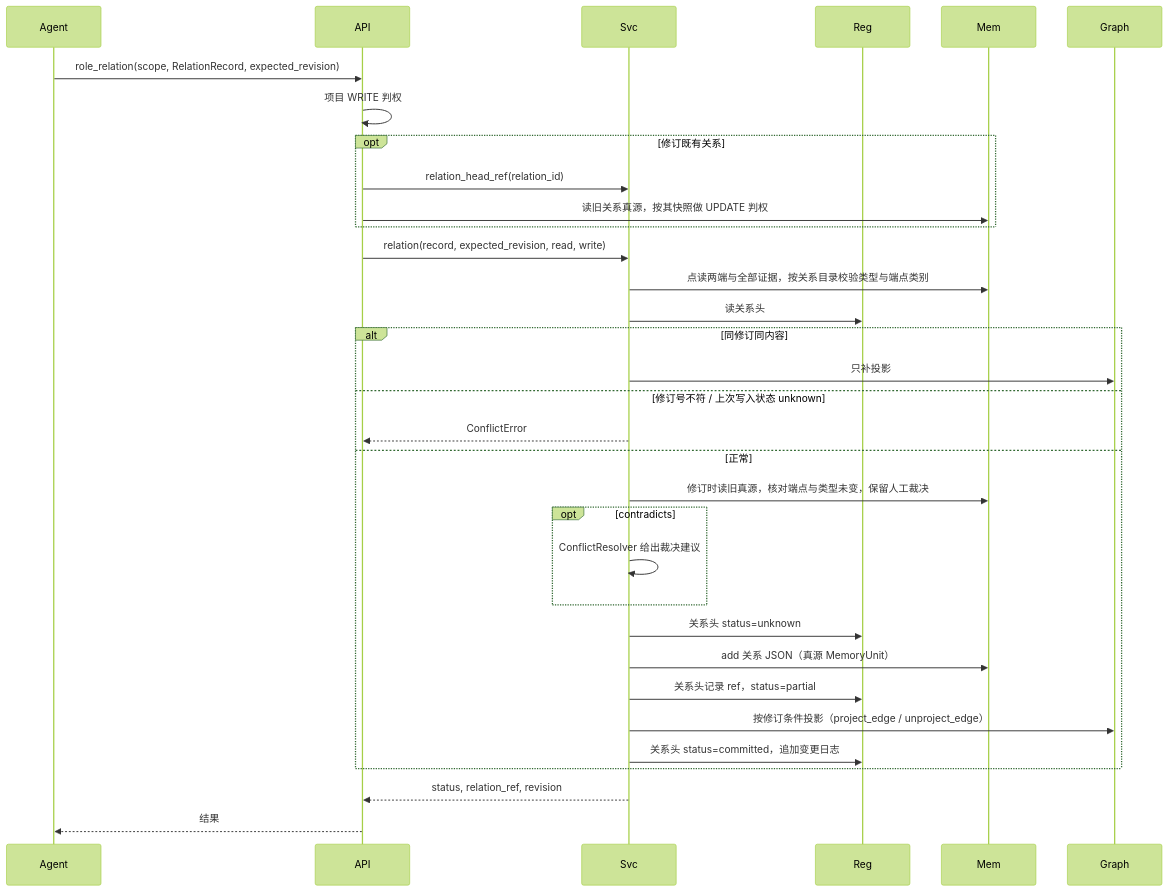
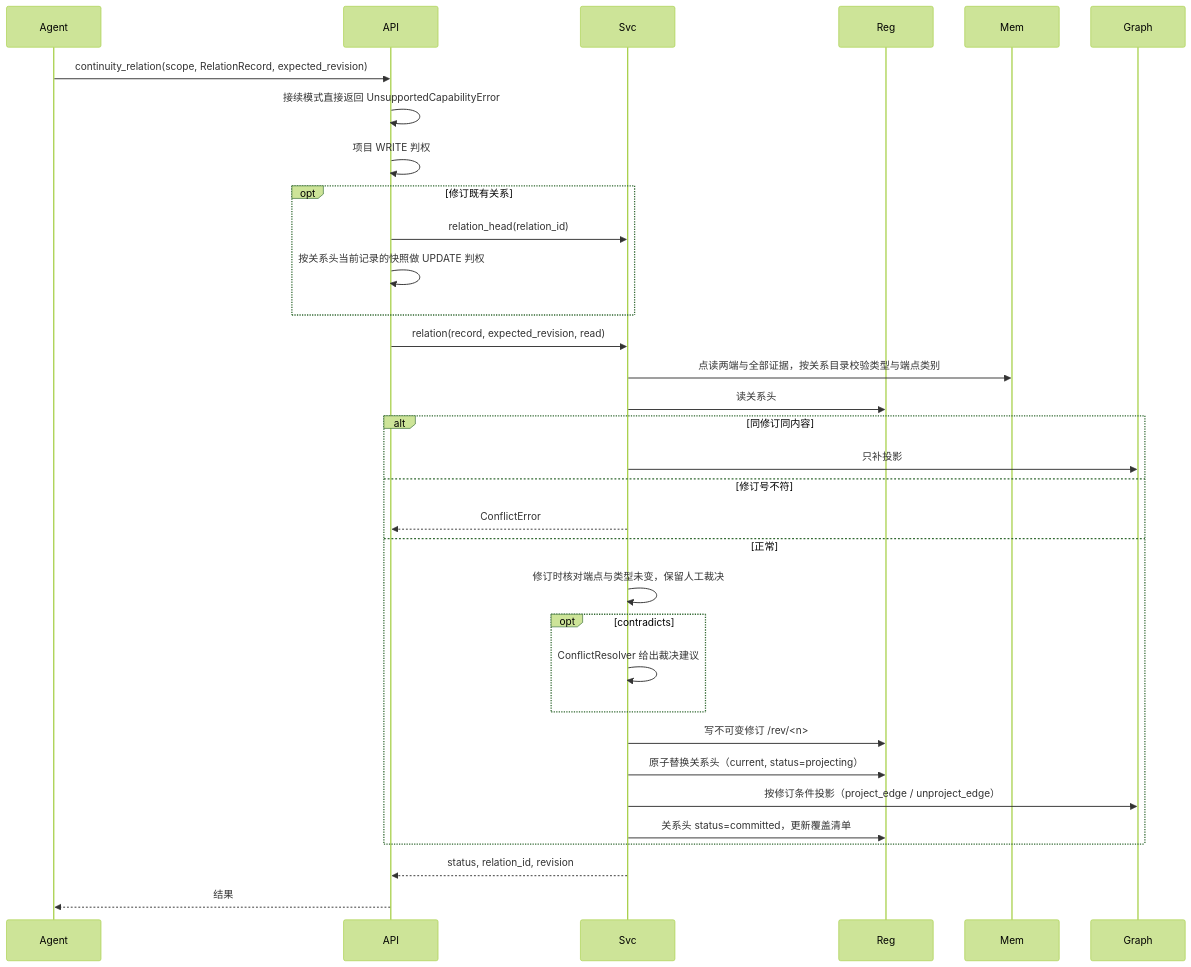
Before and after one commit to openJiuwen-ai/agent-memory: the fifth of 8 diagrams in docs/features/construction/F10-role-memory.md, drawn with Mermaid (forest theme). The commit also changed other lines of this file and 95 other files, not shown here.

````diff
--- a/docs/features/construction/F10-role-memory.md
+++ b/docs/features/construction/F10-role-memory.md
@@ -1031,35 +1140,35 @@
 ```mermaid
 sequenceDiagram
     participant A as Agent
     participant API
     participant Svc
     participant Reg
     participant Mem
     participant G as Graph
-    A->>API: role_relation(scope, RelationRecord, expected_revision)
+    A->>API: continuity_relation(scope, RelationRecord, expected_revision)
+    API->>API: 接续模式直接返回 UnsupportedCapabilityError
     API->>API: 项目 WRITE 判权
     opt 修订既有关系
-        API->>Svc: relation_head_ref(relation_id)
-        API->>Mem: 读旧关系真源，按其快照做 UPDATE 判权
+        API->>Svc: relation_head(relation_id)
+        API->>API: 按关系头当前记录的快照做 UPDATE 判权
     end
-    API->>Svc: relation(record, expected_revision, read, write)
+    API->>Svc: relation(record, expected_revision, read)
     Svc->>Mem: 点读两端与全部证据，按关系目录校验类型与端点类别
     Svc->>Reg: 读关系头
     alt 同修订同内容
         Svc->>G: 只补投影
-    else 修订号不符 / 上次写入状态 unknown
+    else 修订号不符
         Svc-->>API: ConflictError
     else 正常
-        Svc->>Mem: 修订时读旧真源，核对端点与类型未变，保留人工裁决
+        Svc->>Svc: 修订时核对端点与类型未变，保留人工裁决
         opt contradicts
             Svc->>Svc: ConflictResolver 给出裁决建议
         end
-        Svc->>Reg: 关系头 status=unknown
-        Svc->>Mem: add 关系 JSON（真源 MemoryUnit）
-        Svc->>Reg: 关系头记录 ref，status=partial
+        Svc->>Reg: 写不可变修订 /rev/<n>
+        Svc->>Reg: 原子替换关系头（current, status=projecting）
         Svc->>G: 按修订条件投影（project_edge / unproject_edge）
-        Svc->>Reg: 关系头 status=committed，追加变更日志
+        Svc->>Reg: 关系头 status=committed，更新覆盖清单
     end
-    Svc-->>API: status, relation_ref, revision
+    Svc-->>API: status, relation_id, revision
     API-->>A: 结果
 ```
````
